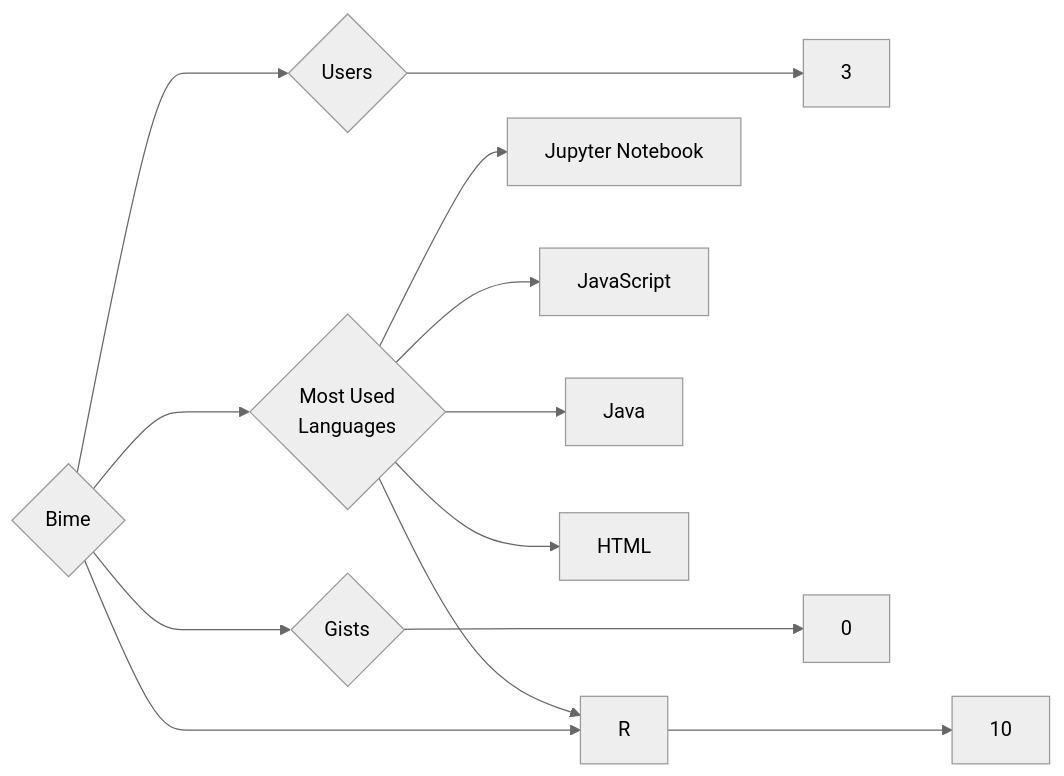
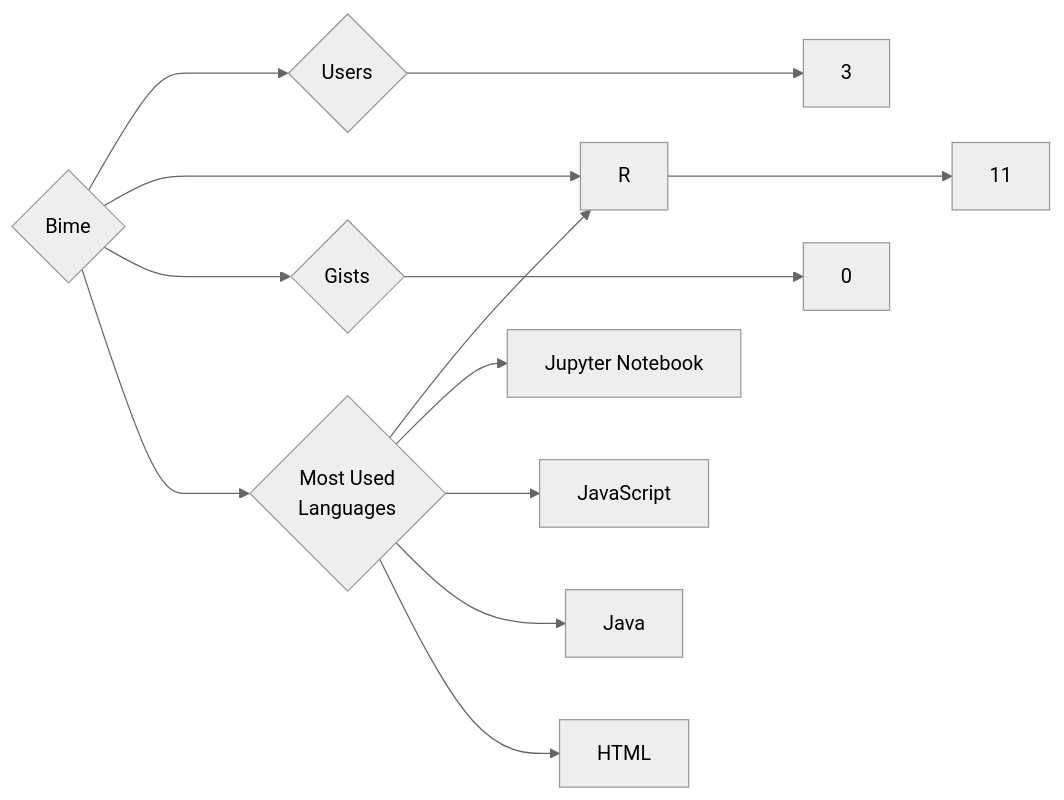
Before and after one commit to trickest/insiders: the diagram in targets/Bime/README.md, drawn with Mermaid (neutral theme). The commit also changed 775 other files, not shown here.

````diff
--- a/targets/Bime/README.md
+++ b/targets/Bime/README.md
@@ -3,13 +3,13 @@
 ```mermaid
 graph LR
 COMPANY_NAME{Bime}
 COMPANY_NAME ---> U{Users} ---> UN[3]
-COMPANY_NAME ---> R{Repositories} ---> RN[10]
+COMPANY_NAME ---> R{Repositories} ---> RN[11]
 COMPANY_NAME ---> G{Gists} ---> GN[0]
 COMPANY_NAME ---> ML{Most Used<br>Languages}
+ML --> R[R]
 ML --> Jupyter_Notebook[Jupyter Notebook]
 ML --> JavaScript[JavaScript]
-ML --> R[R]
 ML --> Java[Java]
 ML --> HTML[HTML]
 ```
````
